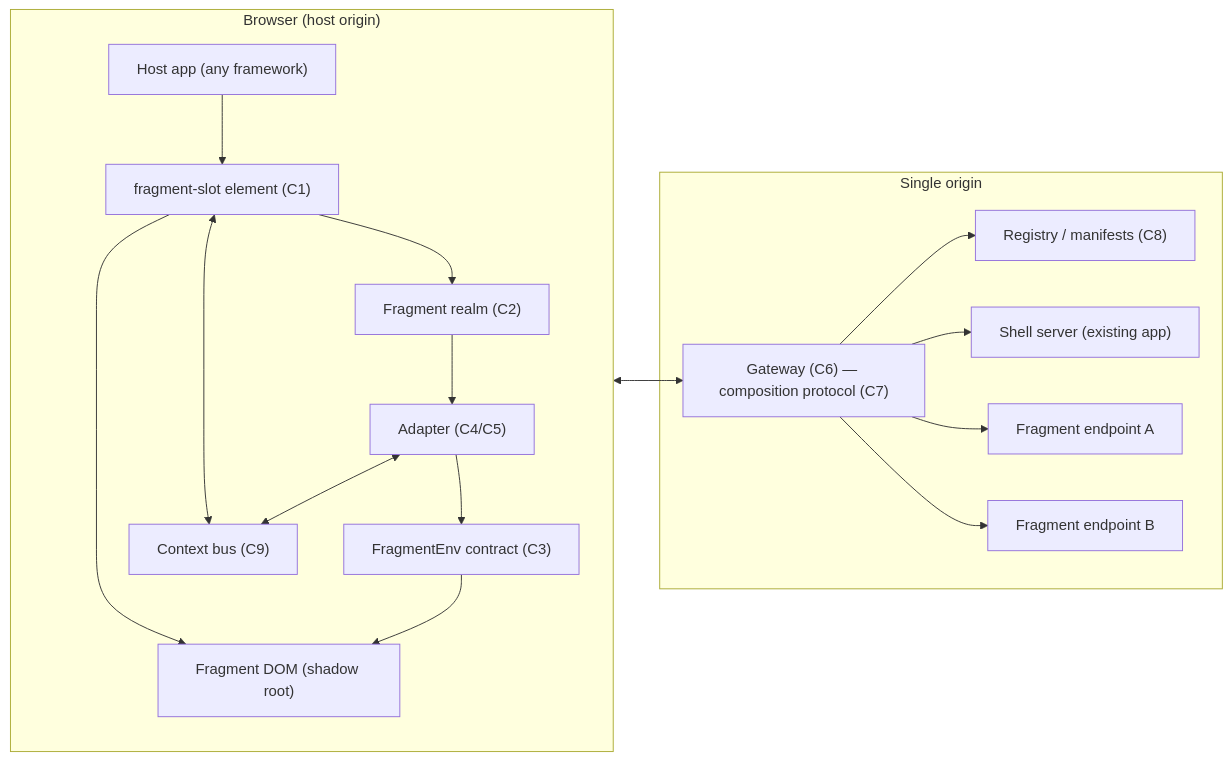
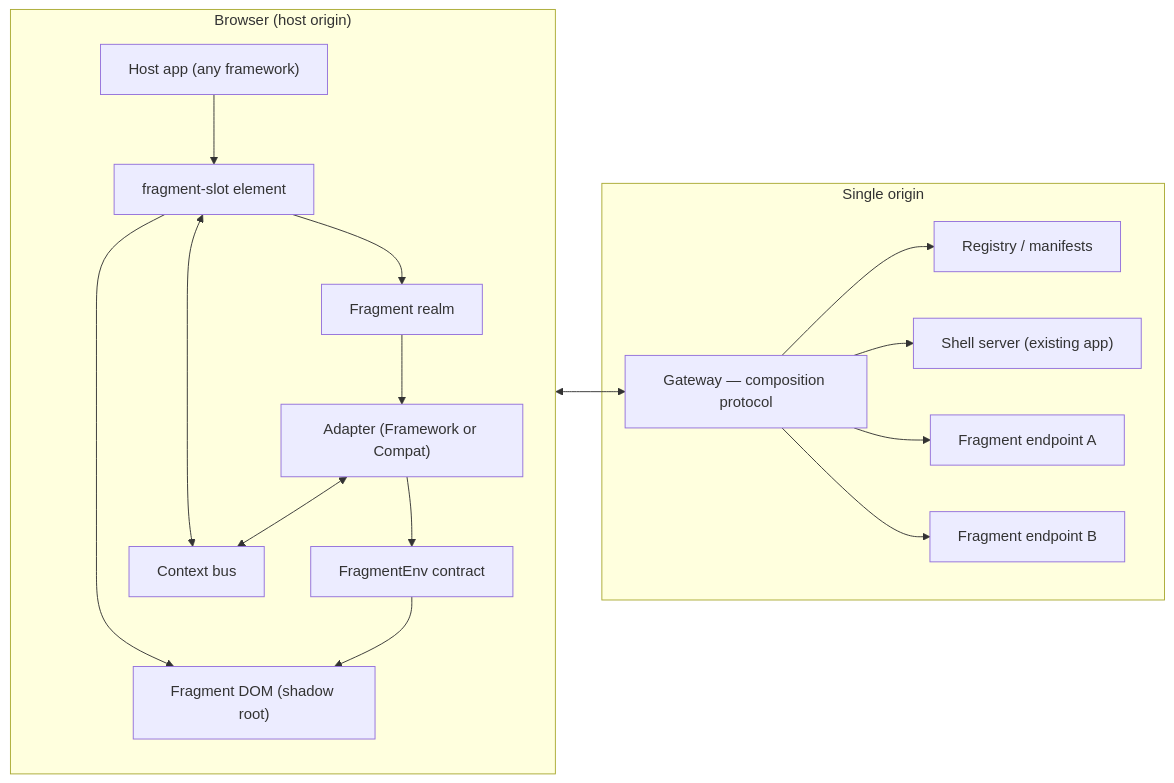
The first of 4 diagrams in docs/braid-architecture.md (Jefftopia/skew), drawn with Mermaid before and after one commit. The commit also changed other lines of this file and 75 other files, not shown here.

````diff
--- a/docs/braid-architecture.md
+++ b/docs/braid-architecture.md
@@ -73,34 +73,34 @@
 ```mermaid
 flowchart LR
   subgraph Browser["Browser (host origin)"]
     HostApp["Host app (any framework)"]
-    Slot["fragment-slot element (C1)"]
+    Slot["fragment-slot element"]
     ShadowDOM["Fragment DOM (shadow root)"]
-    Realm["Fragment realm (C2)"]
-    Env["FragmentEnv contract (C3)"]
-    Adapter["Adapter (C4/C5)"]
-    Bus["Context bus (C9)"]
+    Realm["Fragment realm"]
+    Env["FragmentEnv contract"]
+    Adapter["Adapter (Framework or Compat)"]
+    Bus["Context bus"]
     HostApp --> Slot
     Slot --> ShadowDOM
     Slot --> Realm
     Realm --> Adapter
     Adapter --> Env
     Env --> ShadowDOM
     Slot <--> Bus
     Adapter <--> Bus
   end
 
   subgraph Server["Single origin"]
-    GW["Gateway (C6) — composition protocol (C7)"]
-    Registry["Registry / manifests (C8)"]
+    GW["Gateway — composition protocol"]
+    Registry["Registry / manifests"]
     ShellSrv["Shell server (existing app)"]
     FragA["Fragment endpoint A"]
     FragB["Fragment endpoint B"]
     GW --> ShellSrv
     GW --> FragA
     GW --> FragB
     GW --> Registry
   end
 
   Browser <--> GW
 ```
````
